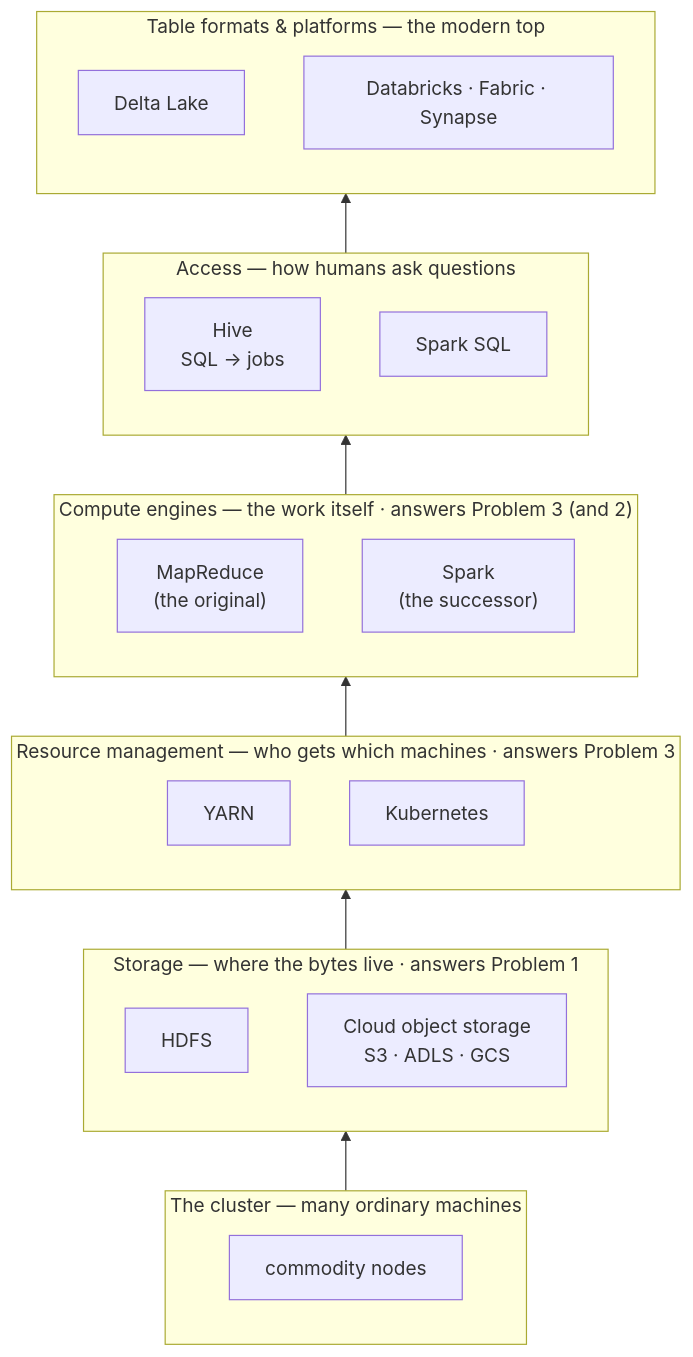
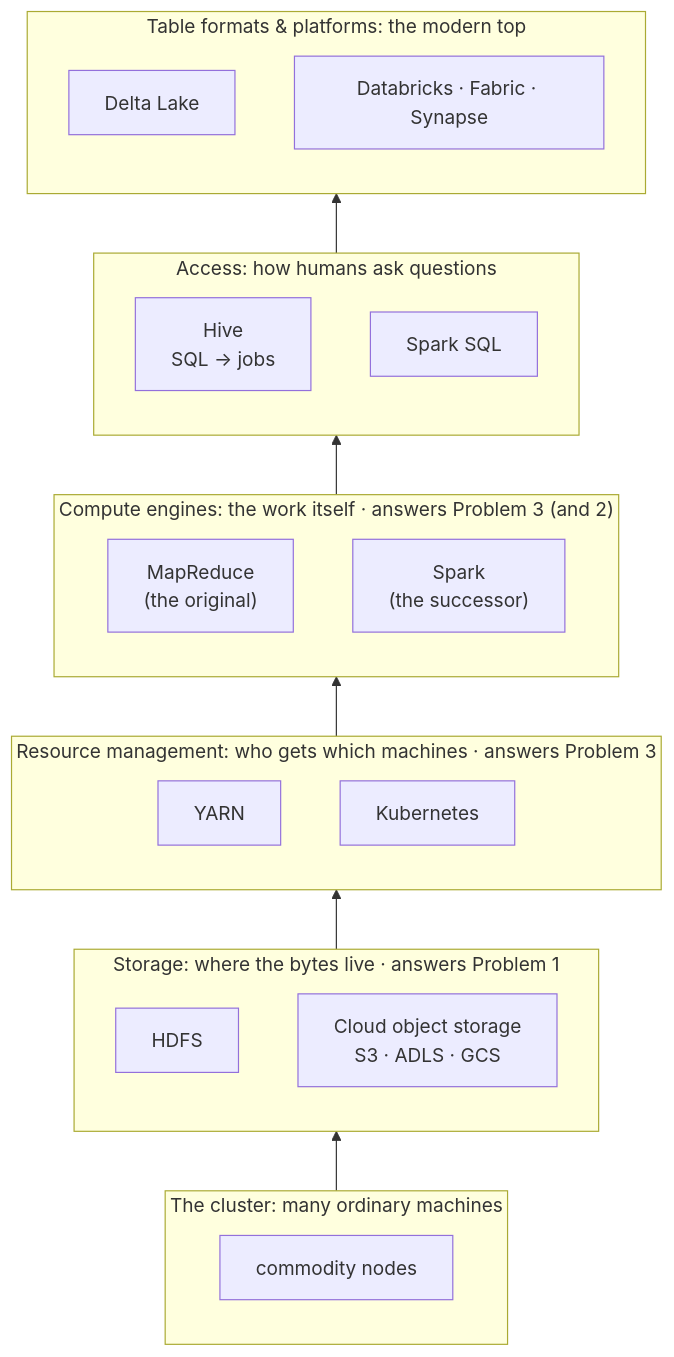
Before and after one commit to dwdas9/home: the diagram in docs/BigDataFoundations/010-why-big-data/ecosystem-map.md, drawn with Mermaid. The commit also changed other lines of this file and 5 other files, not shown here.

````diff
--- a/docs/BigDataFoundations/010-why-big-data/ecosystem-map.md
+++ b/docs/BigDataFoundations/010-why-big-data/ecosystem-map.md
@@ -14,28 +14,28 @@
 ```mermaid
 flowchart BT
-    subgraph L0["The cluster — many ordinary machines"]
+    subgraph L0["The cluster: many ordinary machines"]
         N["commodity nodes"]
     end
-    subgraph L1["Storage — where the bytes live · answers Problem 1"]
+    subgraph L1["Storage: where the bytes live · answers Problem 1"]
         HDFS["HDFS"]
         CLOUD["Cloud object storage<br/>S3 · ADLS · GCS"]
     end
-    subgraph L2["Resource management — who gets which machines · answers Problem 3"]
+    subgraph L2["Resource management: who gets which machines · answers Problem 3"]
         YARN["YARN"]
         K8S["Kubernetes"]
     end
-    subgraph L3["Compute engines — the work itself · answers Problem 3 (and 2)"]
+    subgraph L3["Compute engines: the work itself · answers Problem 3 (and 2)"]
         MR["MapReduce<br/>(the original)"]
         SPARK["Spark<br/>(the successor)"]
     end
-    subgraph L4["Access — how humans ask questions"]
+    subgraph L4["Access: how humans ask questions"]
         HIVE["Hive<br/>SQL → jobs"]
         SQL["Spark SQL"]
     end
-    subgraph L5["Table formats & platforms — the modern top"]
+    subgraph L5["Table formats & platforms: the modern top"]
         DELTA["Delta Lake"]
         PLAT["Databricks · Fabric · Synapse"]
     end
 
     L0 --> L1 --> L2 --> L3 --> L4 --> L5
 ```
````
